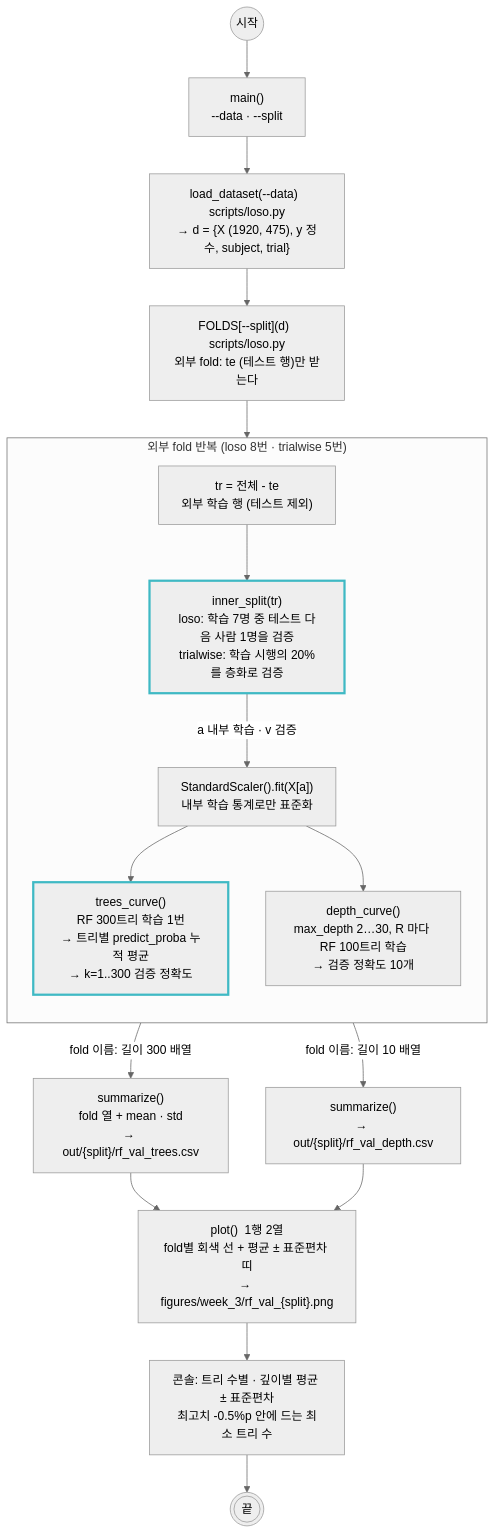
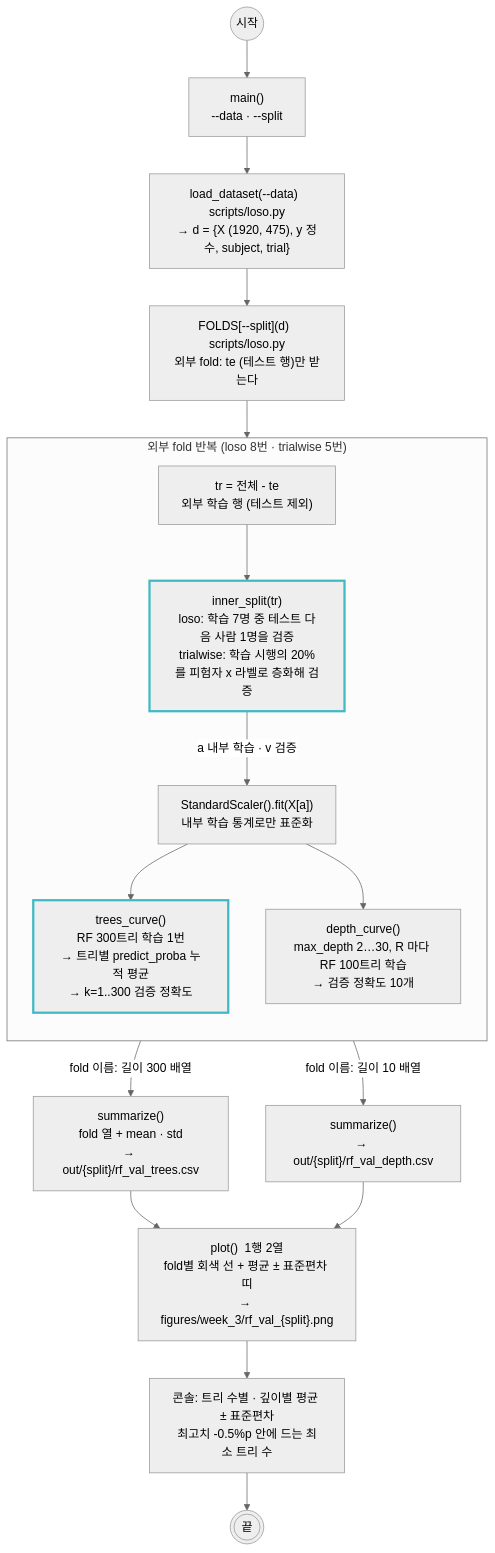
Before and after one commit to wm-shin/semg_arm_pred: the diagram in docs/rf_validation.md, drawn with Mermaid (neutral theme). The commit also changed other lines of this file and 15 other files, not shown here.

First line of the commit message:
trial-wise 분할을 피험자x라벨로 층화해 fold 간 피험자·클래스 비율을 맞춤, cut 그림 범례 이동

````diff
--- a/docs/rf_validation.md
+++ b/docs/rf_validation.md
@@ -7,29 +7,29 @@
 ```mermaid
 flowchart TD
     start((시작)) --> M["main()<br/>--data · --split"]
     M --> L["load_dataset(--data)  scripts/loso.py<br/>→ d = {X (1920, 475), y 정수, subject, trial}"]
     L --> LF["FOLDS[--split](d)  scripts/loso.py<br/>외부 fold: te (테스트 행)만 받는다"]
 
     subgraph G["외부 fold 반복 (loso 8번 · trialwise 5번)"]
         direction TB
         TR["tr = 전체 - te<br/>외부 학습 행 (테스트 제외)"]
-        IS["inner_split(tr)<br/>loso: 학습 7명 중 테스트 다음 사람 1명을 검증<br/>trialwise: 학습 시행의 20%를 층화로 검증"]
+        IS["inner_split(tr)<br/>loso: 학습 7명 중 테스트 다음 사람 1명을 검증<br/>trialwise: 학습 시행의 20%를 피험자 x 라벨로 층화해 검증"]
         SC["StandardScaler().fit(X[a])<br/>내부 학습 통계로만 표준화"]
         TC["trees_curve()<br/>RF 300트리 학습 1번<br/>→ 트리별 predict_proba 누적 평균<br/>→ k=1..300 검증 정확도"]
         DC["depth_curve()<br/>max_depth 2…30, R 마다 RF 100트리 학습<br/>→ 검증 정확도 10개"]
         TR --> IS -- "a 내부 학습 · v 검증" --> SC
         SC --> TC
         SC --> DC
     end
     LF --> G
 
     TC -- "fold 이름: 길이 300 배열" --> ST["summarize()<br/>fold 열 + mean · std<br/>→ out/{split}/rf_val_trees.csv"]
     DC -- "fold 이름: 길이 10 배열" --> SD["summarize()<br/>→ out/{split}/rf_val_depth.csv"]
     ST --> P["plot()  1행 2열<br/>fold별 회색 선 + 평균 ± 표준편차 띠<br/>→ figures/week_3/rf_val_{split}.png"]
     SD --> P
     P --> S["콘솔: 트리 수별 · 깊이별 평균 ± 표준편차<br/>최고치 -0.5%p 안에 드는 최소 트리 수"]
     S --> stop(((끝)))
 
     style IS stroke:#3fb9c4,stroke-width:3px
     style TC stroke:#3fb9c4,stroke-width:3px
 ```
````
